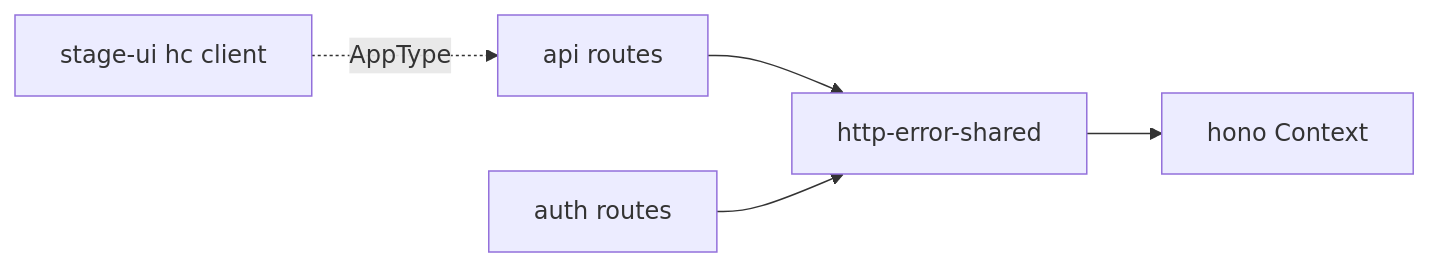
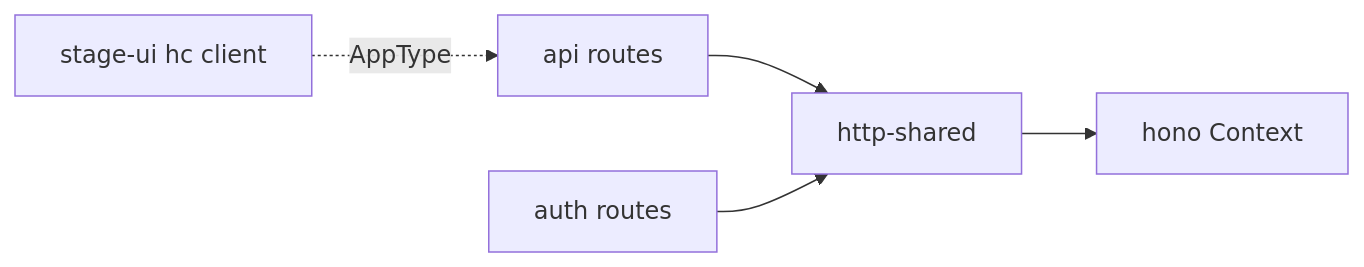
One commit to moeru-ai/airi changed the first of 2 diagrams in server/docs/ai/adr/2026-11-23-typed-success-responses.md. Above: the diagram before and after it, drawn with Mermaid. The commit also changed other lines of this file and 106 other files, not shown here.

First line of the commit message:
refactor(http-shared): rename http-error-shared to http-shared

````diff
--- a/server/docs/ai/adr/2026-11-23-typed-success-responses.md
+++ b/server/docs/ai/adr/2026-11-23-typed-success-responses.md
@@ -42,7 +42,7 @@
 ```mermaid
 graph LR
-  ApiRoutes[api routes] --> Shared[http-error-shared]
+  ApiRoutes[api routes] --> Shared[http-shared]
   AuthRoutes[auth routes] --> Shared
   Shared --> Hono[hono Context]
   Client[stage-ui hc client] -. AppType .-> ApiRoutes
 ```
````
